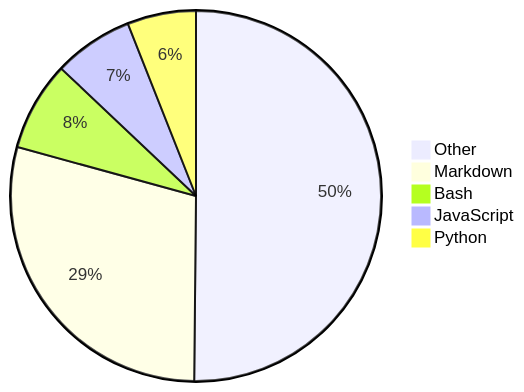
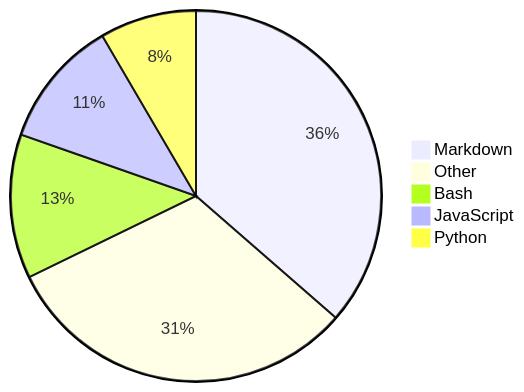
Before and after one commit to Alicia111/alicia111: the diagram in README.md, drawn with Mermaid.

Commit message:
Update WakaTime stats (・ω・)b

````diff
--- a/README.md
+++ b/README.md
@@ -32,8 +32,8 @@
 ```mermaid
 pie
-    "Other" : 45.76
-    "Markdown" : 26.56
-    "Bash" : 7.11
-    "JavaScript" : 6.34
-    "Python" : 5.47
+    "Markdown" : 33.58
+    "Other" : 28.94
+    "Bash" : 11.6
+    "JavaScript" : 10.33
+    "Python" : 7.77
 ```
````
